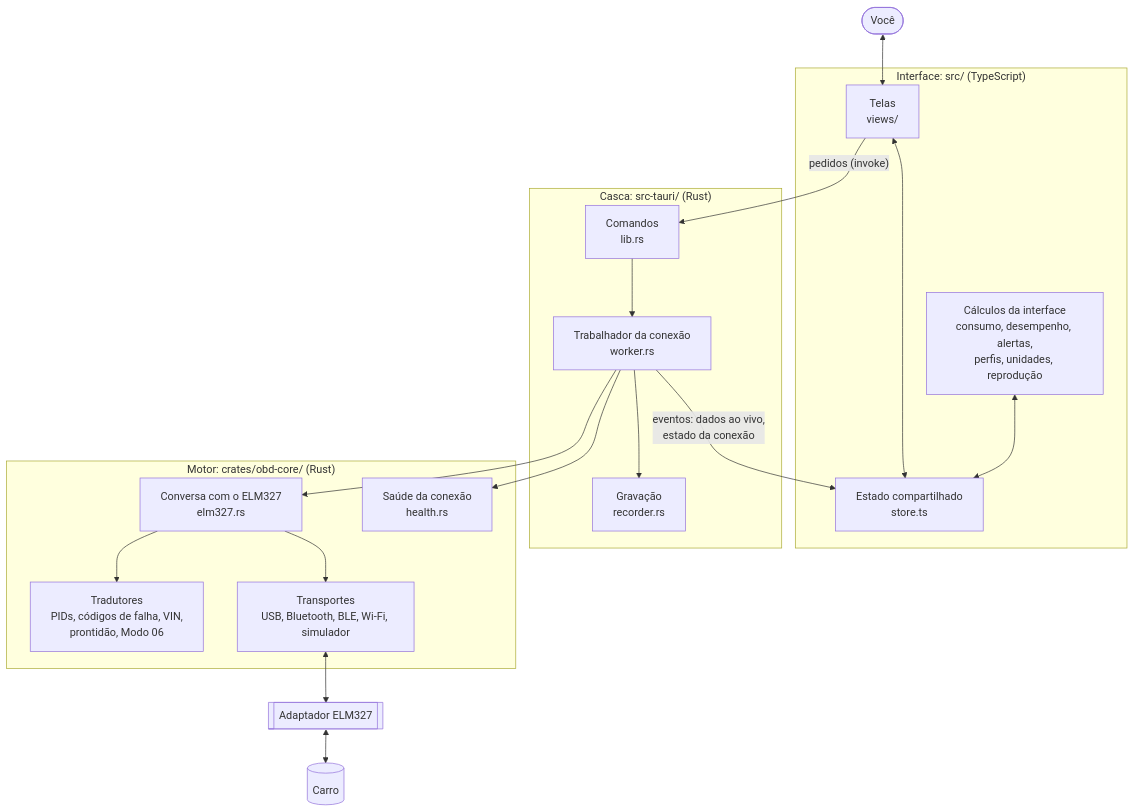
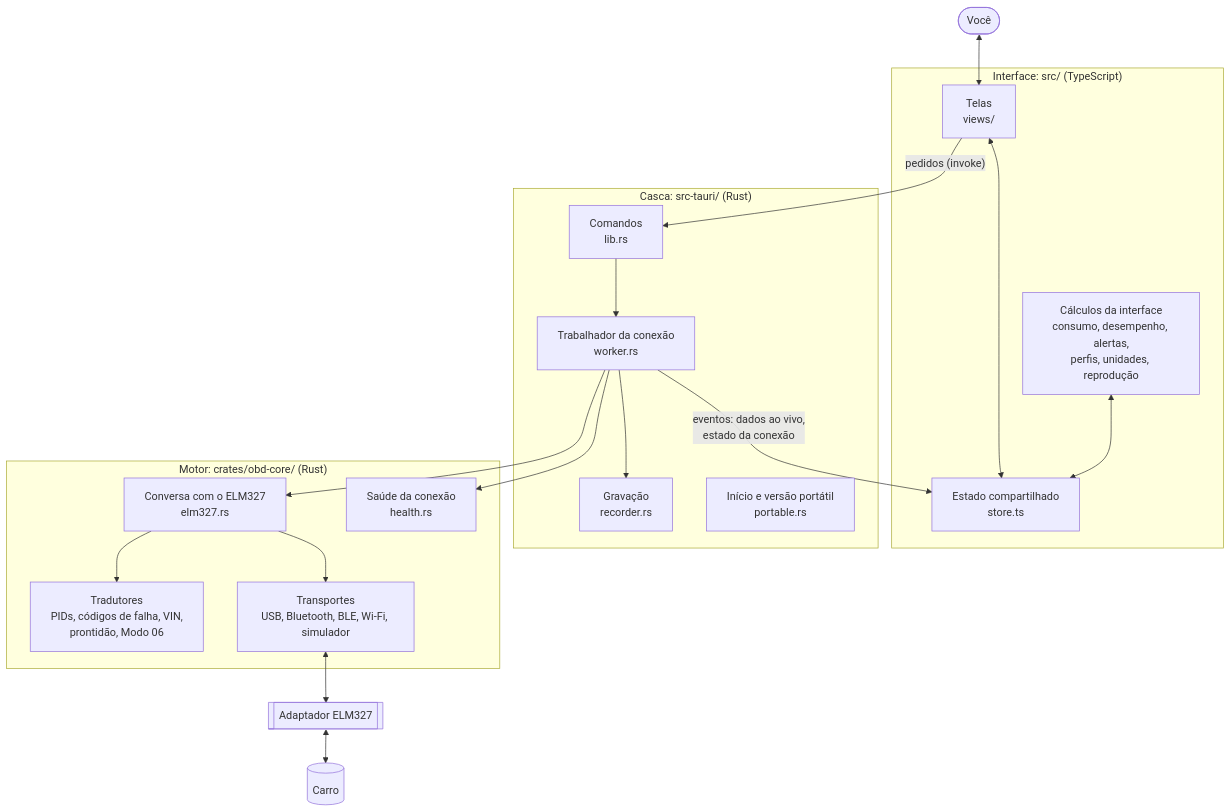
The first of 11 diagrams in docs/DIAGRAMAS.md (samuvieceli/obd2-scanner), drawn with Mermaid before and after one commit. The commit also changed other lines of this file and 19 other files, not shown here.

First line of the commit message:
Versão portátil: roda sem instalar, dados ao lado do programa

````diff
--- a/docs/DIAGRAMAS.md
+++ b/docs/DIAGRAMAS.md
@@ -15,36 +15,37 @@
 ```mermaid
 flowchart TB
     user(["Você"])
     subgraph UI["Interface: src/ (TypeScript)"]
         views["Telas<br/>views/"]
         logic["Cálculos da interface<br/>consumo, desempenho, alertas,<br/>perfis, unidades, reprodução"]
         store["Estado compartilhado<br/>store.ts"]
     end
     subgraph APP["Casca: src-tauri/ (Rust)"]
         cmds["Comandos<br/>lib.rs"]
         worker["Trabalhador da conexão<br/>worker.rs"]
         rec["Gravação<br/>recorder.rs"]
+        port["Início e versão portátil<br/>portable.rs"]
     end
     subgraph CORE["Motor: crates/obd-core/ (Rust)"]
         elm["Conversa com o ELM327<br/>elm327.rs"]
         dec["Tradutores<br/>PIDs, códigos de falha, VIN,<br/>prontidão, Modo 06"]
         health["Saúde da conexão<br/>health.rs"]
         trans["Transportes<br/>USB, Bluetooth, BLE, Wi-Fi, simulador"]
     end
     adapter[["Adaptador ELM327"]]
     car[("Carro")]
 
     user <--> views
     views <--> store
     logic <--> store
     views -- "pedidos (invoke)" --> cmds
     worker -- "eventos: dados ao vivo,<br/>estado da conexão" --> store
     cmds --> worker
     worker --> rec
     worker --> elm
     worker --> health
     elm --> dec
     elm --> trans
     trans <--> adapter
     adapter <--> car
 ```
````
